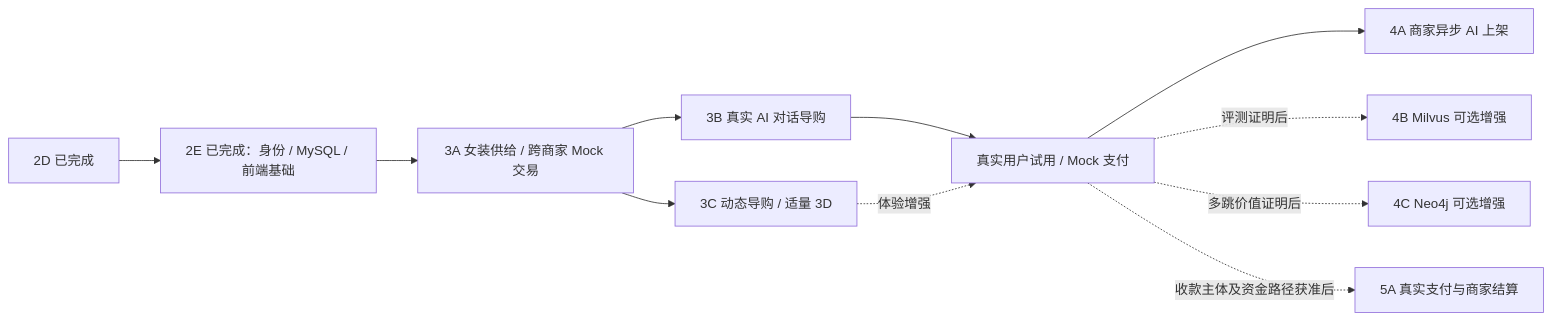
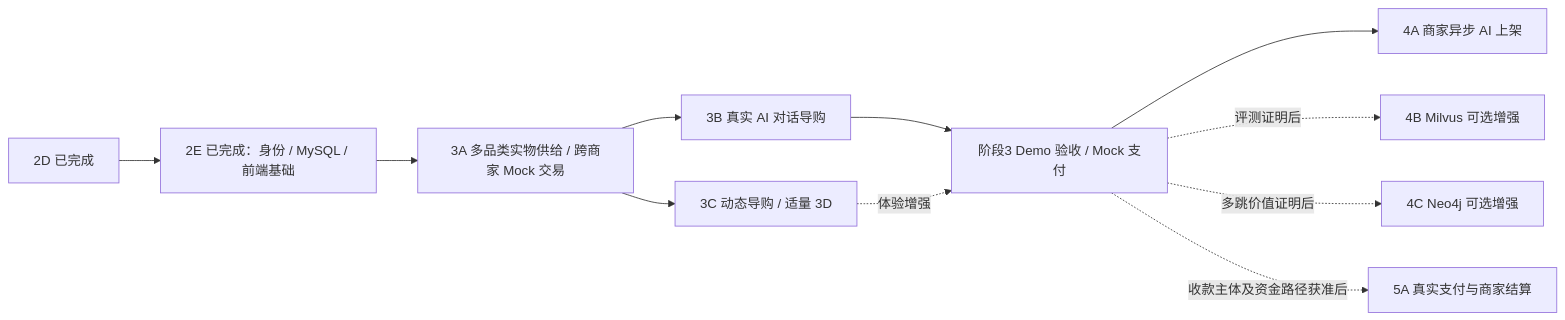
One commit to powerful05/megagraph-shop changed the fifth of 5 diagrams in docs/SYSTEM_ARCHITECTURE.md. Above: the diagram before and after it, drawn with Mermaid. The commit also changed other lines of this file and 66 other files, not shown here.

````diff
--- a/docs/SYSTEM_ARCHITECTURE.md
+++ b/docs/SYSTEM_ARCHITECTURE.md
@@ -918,13 +923,13 @@
 ```mermaid
 flowchart LR
     D[2D 已完成] --> E[2E 已完成：身份 / MySQL / 前端基础]
-    E --> A[3A 女装供给 / 跨商家 Mock 交易]
+    E --> A[3A 多品类实物供给 / 跨商家 Mock 交易]
     A --> B[3B 真实 AI 对话导购]
     A --> C[3C 动态导购 / 适量 3D]
-    B --> T[真实用户试用 / Mock 支付]
+    B --> T[阶段3 Demo 验收 / Mock 支付]
     C -. 体验增强 .-> T
     T --> M[4A 商家异步 AI 上架]
     T -. 评测证明后 .-> V[4B Milvus 可选增强]
     T -. 多跳价值证明后 .-> G[4C Neo4j 可选增强]
     T -. 收款主体及资金路径获准后 .-> P[5A 真实支付与商家结算]
 ```
````
